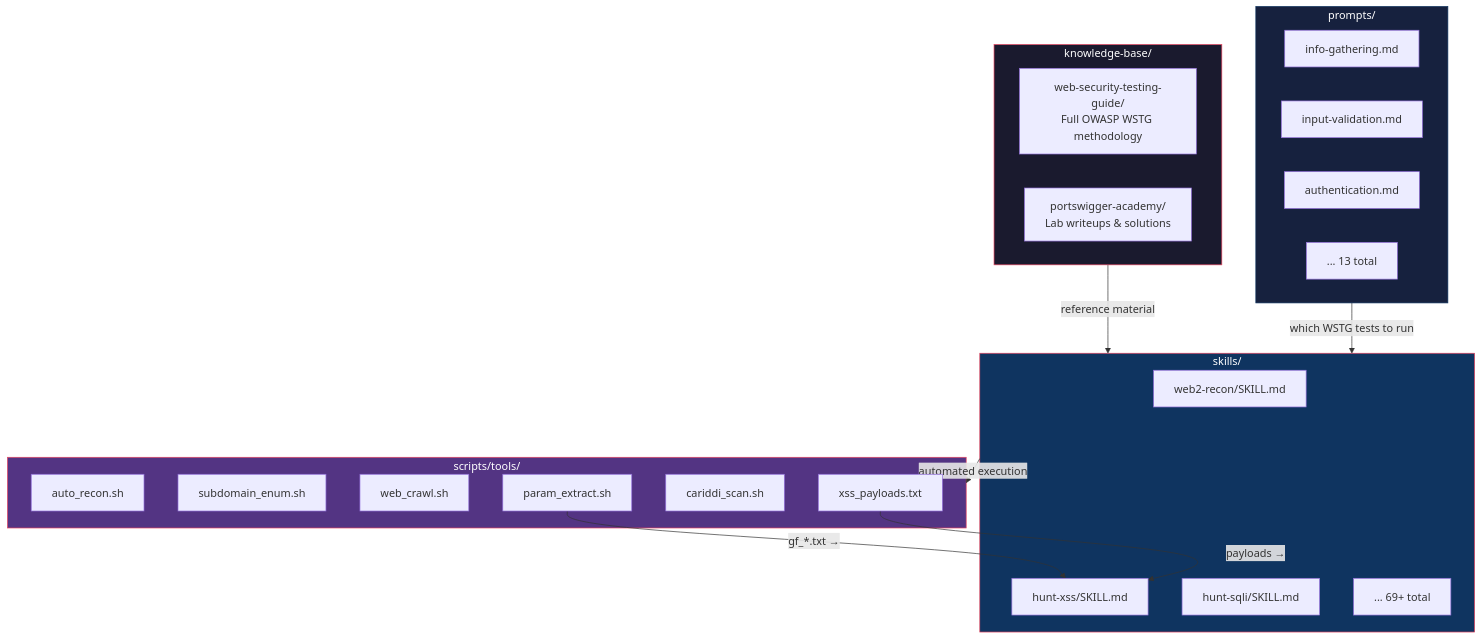
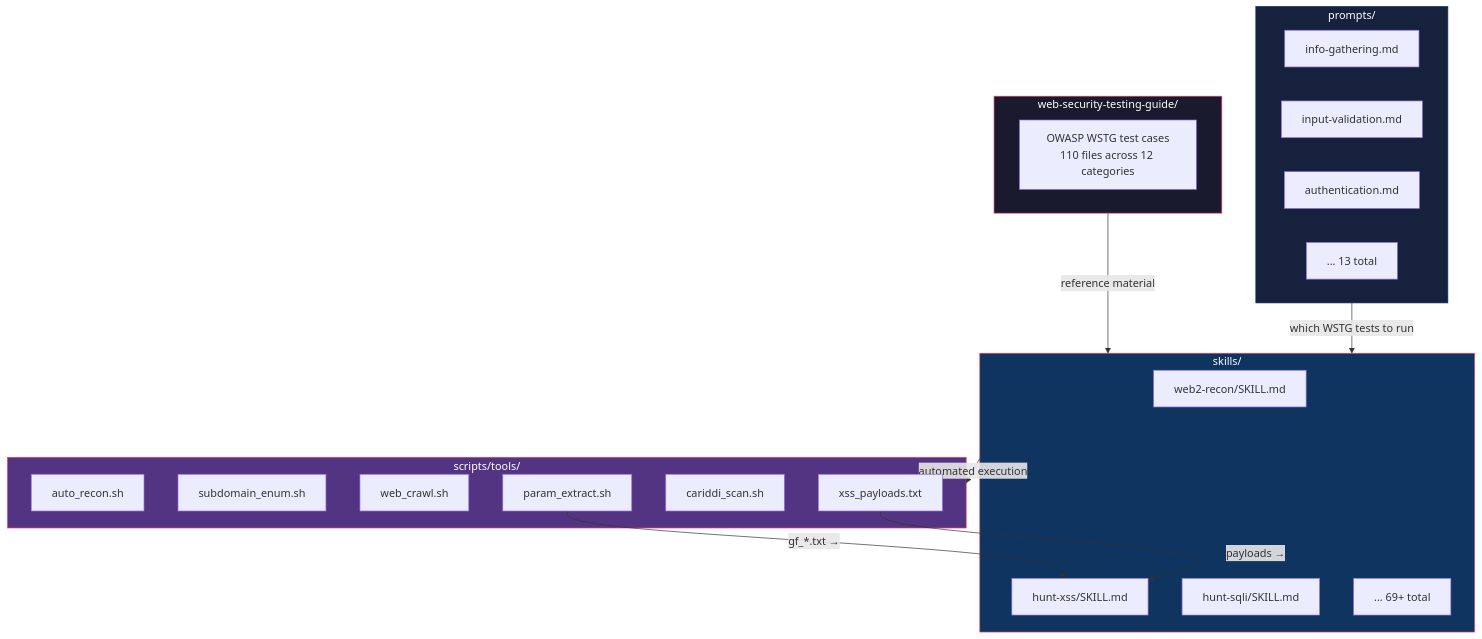
Before and after one commit to manojxshrestha/dristi: the diagram in scripts/tools/README.md, drawn with Mermaid. The commit also changed other lines of this file and 2 other files, not shown here.

Commit message:
Fix references after KB cleanup: WSTG_DIR path, README, scripts/tools/README

````diff
--- a/scripts/tools/README.md
+++ b/scripts/tools/README.md
@@ -10,38 +10,37 @@
 ```mermaid
 graph TD
-    subgraph KB["knowledge-base/"]
-        WSTG["web-security-testing-guide/<br/>Full OWASP WSTG methodology"]
-        PS["portswigger-academy/<br/>Lab writeups & solutions"]
+    subgraph WSTG["web-security-testing-guide/"]
+        W["OWASP WSTG test cases<br/>110 files across 12 categories"]
     end
     subgraph P["prompts/"]
         P1["info-gathering.md"]
         P2["input-validation.md"]
         P3["authentication.md"]
         P4["... 13 total"]
     end
     subgraph S["skills/"]
         S1["web2-recon/SKILL.md"]
         S2["hunt-xss/SKILL.md"]
         S3["hunt-sqli/SKILL.md"]
         S4["... 69+ total"]
     end
     subgraph T["scripts/tools/"]
         T1["auto_recon.sh"]
         T2["subdomain_enum.sh"]
         T3["web_crawl.sh"]
         T4["param_extract.sh"]
         T5["cariddi_scan.sh"]
         T6["xss_payloads.txt"]
     end
 
-    KB -->|"reference material"| S
+    WSTG -->|"reference material"| S
     P -->|"which WSTG tests to run"| S
     S -->|"automated execution"| T
     T4 -->|"gf_*.txt →"| S2
     T6 -->|"payloads →"| S2
 
-    style KB fill:#1a1a2e,stroke:#e94560,color:#fff
+    style WSTG fill:#1a1a2e,stroke:#e94560,color:#fff
     style P fill:#16213e,stroke:#0f3460,color:#fff
     style S fill:#0f3460,stroke:#e94560,color:#fff
     style T fill:#533483,stroke:#e94560,color:#fff
 ```
````
